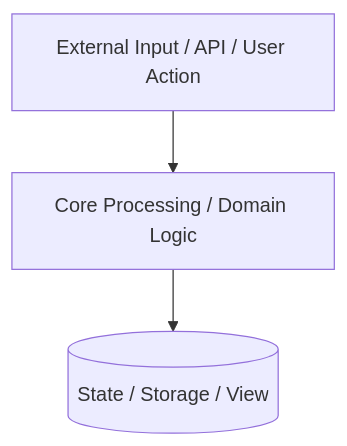
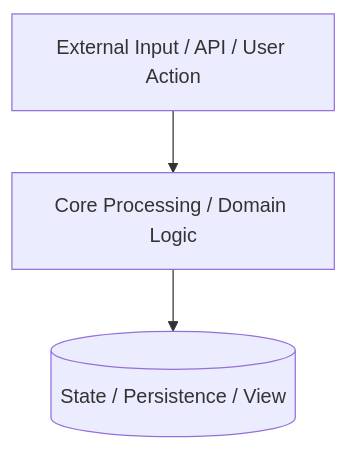
Before and after one commit to Awesome06/AgenticTemplate: the diagram in README.example.md, drawn with Mermaid. The commit also changed other lines of this file and 4 other files, not shown here.

````diff
--- a/README.example.md
+++ b/README.example.md
@@ -23,5 +25,5 @@
 ```mermaid
 graph TD
     Input[External Input / API / User Action] --> Engine[Core Processing / Domain Logic]
-    Engine --> Output[(State / Storage / View)]
+    Engine --> Output[(State / Persistence / View)]
 ```
````
